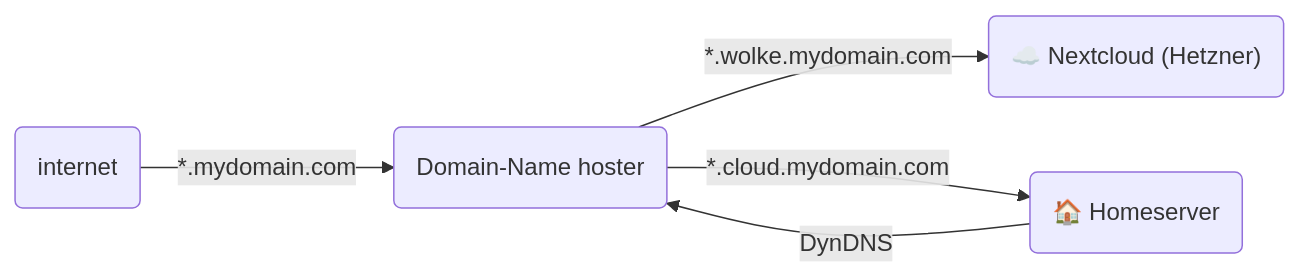
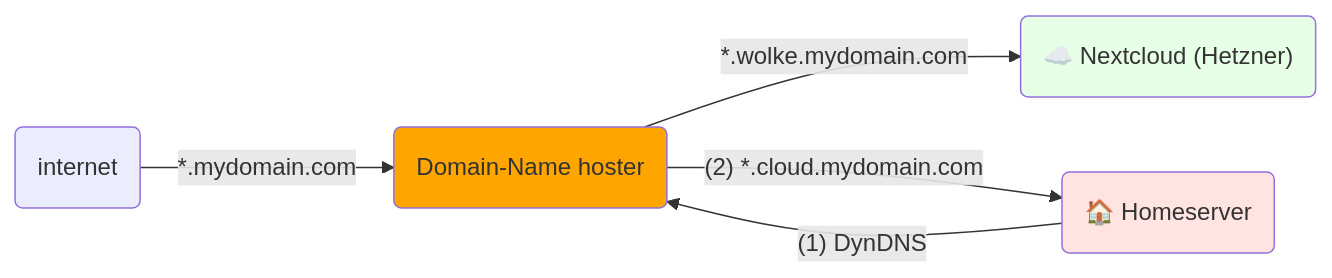
One commit to draptik/2025-selfhosting changed the first of 5 diagrams in presentation/slides.md. Above: the diagram before and after it, drawn with Mermaid. The commit also changed other lines of this file, not shown here.

````diff
--- a/presentation/slides.md
+++ b/presentation/slides.md
@@ -97,13 +100,17 @@
 ```mermaid
 flowchart LR
 
   cloud("internet")
   hoster("Domain-Name hoster")
   hetzner("☁️ Nextcloud (Hetzner)")
   homeserver("🏠 Homeserver")
 
   cloud -- *.mydomain.com --> hoster
   hoster -- *.wolke.mydomain.com --> hetzner
-  hoster -- *.cloud.mydomain.com --> homeserver
-  homeserver -- DynDNS --> hoster
+  hoster -- (2) *.cloud.mydomain.com --> homeserver
+  homeserver -- (1) DynDNS --> hoster
+
+  style hetzner fill:#e6ffe6
+  style homeserver fill:#ffe4e1
+  style hoster fill:orange
 ```
````
